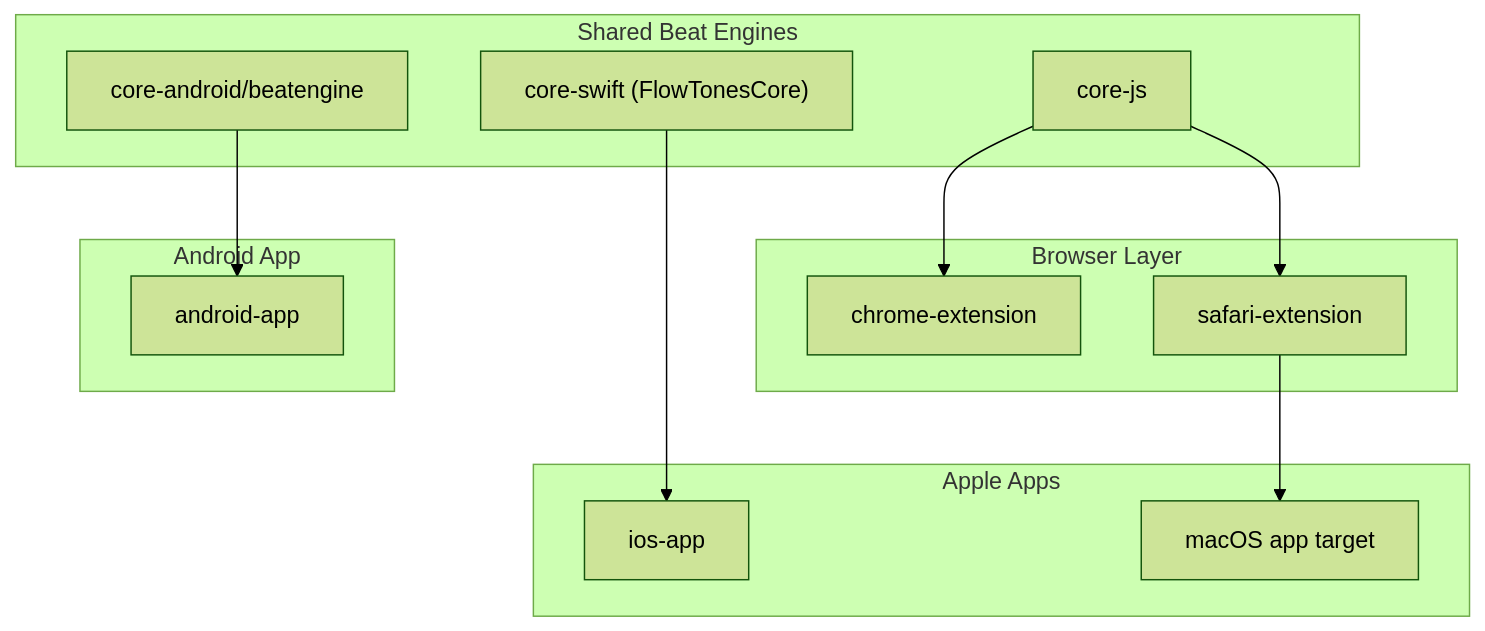
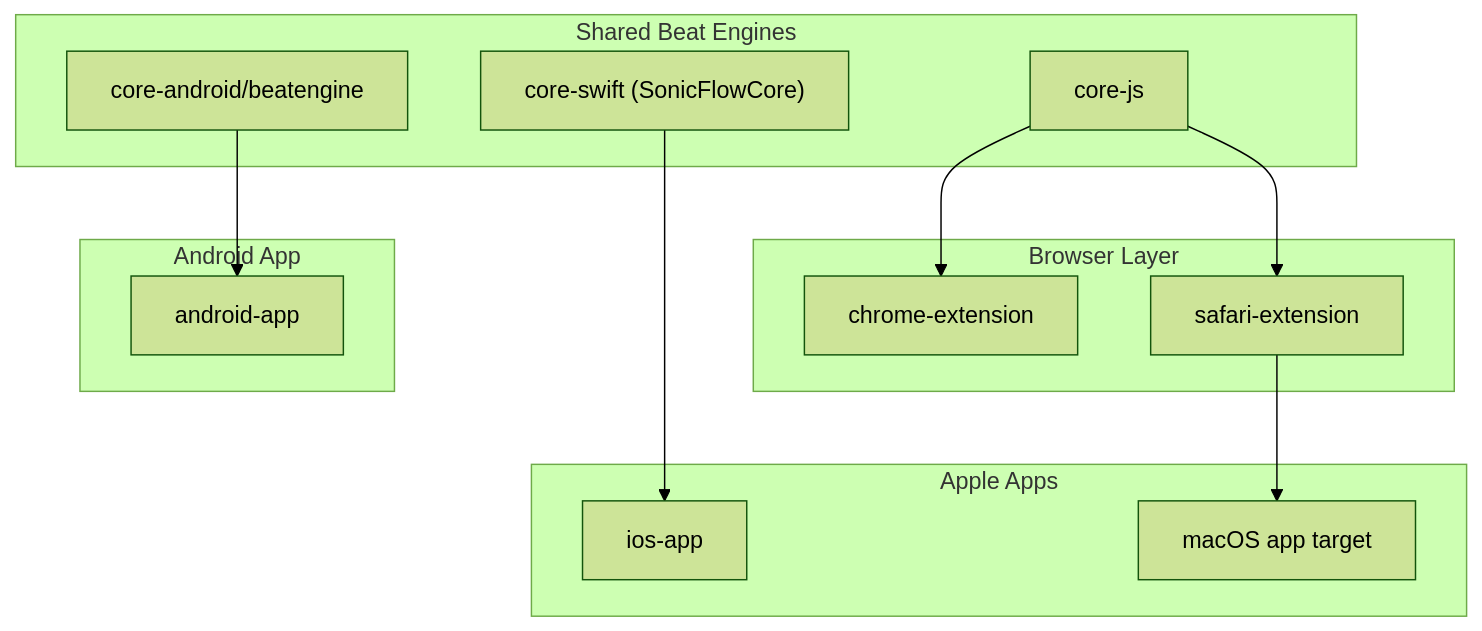
One commit to leopardcodeai/sonicflow_app changed the first of 2 diagrams in docs/architecture/system-overview.md. Above: the diagram before and after it, drawn with Mermaid (forest theme). The commit also changed 135 other files, not shown here.

Commit message:
SF-41: rename FlowTones to SonicFlow

````diff
--- a/docs/architecture/system-overview.md
+++ b/docs/architecture/system-overview.md
@@ -7,28 +7,28 @@
 ```mermaid
 flowchart TB
     subgraph Shared["Shared Beat Engines"]
         JS["core-js"]
-        SW["core-swift (FlowTonesCore)"]
+        SW["core-swift (SonicFlowCore)"]
         KT["core-android/beatengine"]
     end
 
     subgraph Browser["Browser Layer"]
         CH["chrome-extension"]
         SAF["safari-extension"]
     end
 
     subgraph Apple["Apple Apps"]
         IOS["ios-app"]
         MAC["macOS app target"]
     end
 
     subgraph Android["Android App"]
         APP["android-app"]
     end
 
     JS --> CH
     JS --> SAF
     SW --> IOS
     SAF --> MAC
     KT --> APP
 ```
````
